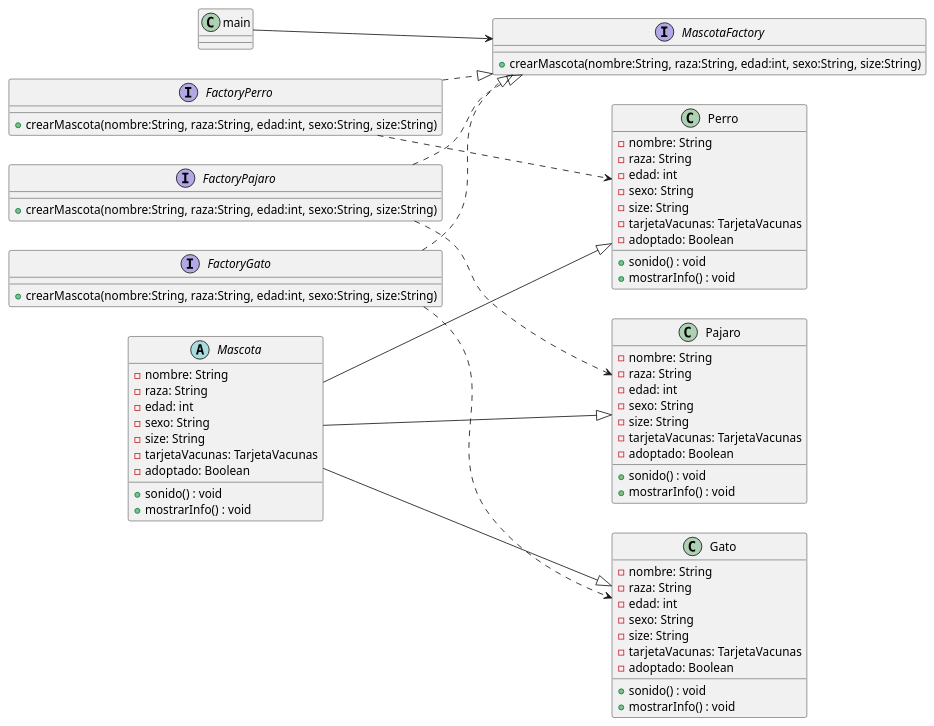
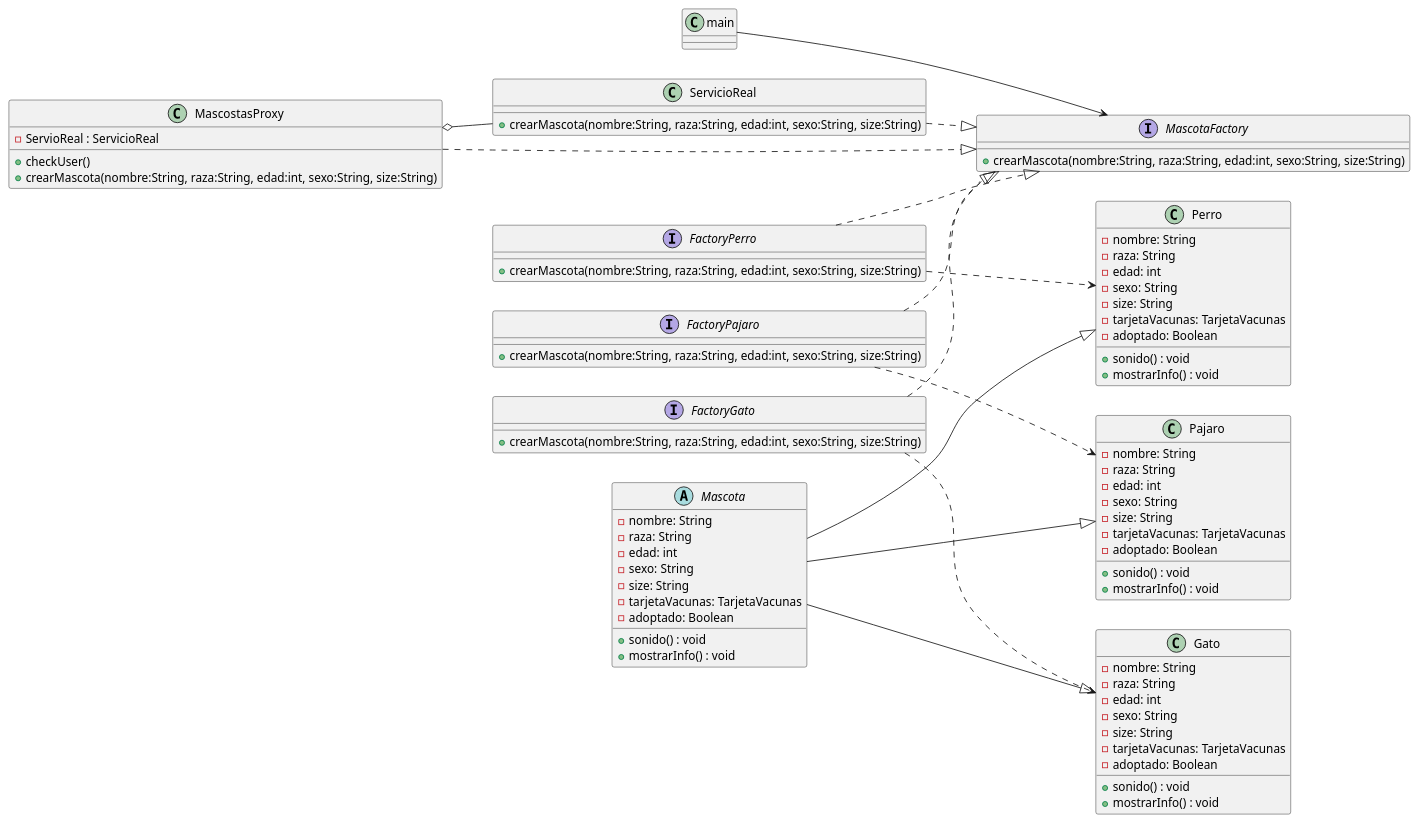
One commit to Ag-Tachyon/ProyectoFinalModelos changed the diagram in diagrama.plantuml. Above: the diagram before and after it, drawn with PlantUML. The commit also changed 1 other file, not shown here.

Commit message:
Refactor (diagrama.plantuml): Agregando Proxy al UML

```diff
--- a/diagrama.plantuml
+++ b/diagrama.plantuml
@@ -1,95 +1,111 @@
 @startuml uml
 
     left to right direction
 
     class main
 
     'Abstract Factory
     interface MascotaFactory{
         + crearMascota(nombre:String, raza:String, edad:int, sexo:String, size:String)
     }
 
     'Concrete Factory
     interface FactoryPerro{
         + crearMascota(nombre:String, raza:String, edad:int, sexo:String, size:String)
     }
     
     'Concrete Factory
     interface FactoryPajaro{
         + crearMascota(nombre:String, raza:String, edad:int, sexo:String, size:String)
     }
     
     'Concrete Factory
     interface FactoryGato{
         + crearMascota(nombre:String, raza:String, edad:int, sexo:String, size:String)
     }
 
     main --> MascotaFactory
 
     FactoryPerro ..|> MascotaFactory
     FactoryPajaro ..|> MascotaFactory
     FactoryGato ..|> MascotaFactory
 
     'Producto abstracto
     abstract class Mascota{
         - nombre: String 
         - raza: String
         - edad: int 
         - sexo: String 
         - size: String 
         - tarjetaVacunas: TarjetaVacunas
         - adoptado: Boolean 
 
         + sonido() : void
         + mostrarInfo() : void
     }
 
     'Producto concreto
     class Perro{
         - nombre: String 
         - raza: String
         - edad: int 
         - sexo: String 
         - size: String 
         - tarjetaVacunas: TarjetaVacunas
         - adoptado: Boolean 
 
         + sonido() : void
         + mostrarInfo() : void
     } 
 
     class Pajaro{
         - nombre: String 
         - raza: String
         - edad: int 
         - sexo: String 
         - size: String 
         - tarjetaVacunas: TarjetaVacunas
         - adoptado: Boolean 
 
         + sonido() : void
         + mostrarInfo() : void
     } 
 
     class Gato{
         - nombre: String 
         - raza: String
         - edad: int 
         - sexo: String 
         - size: String 
         - tarjetaVacunas: TarjetaVacunas
         - adoptado: Boolean 
 
         + sonido() : void
         + mostrarInfo() : void
     }
 
     Mascota --|> Perro
     Mascota --|> Gato
     Mascota --|> Pajaro
 
     FactoryPerro ..> Perro
     FactoryPajaro ..> Pajaro
     FactoryGato ..> Gato
 
+    class MascostasProxy{
+        - ServioReal : ServicioReal
+
+        + checkUser()
+        + crearMascota(nombre:String, raza:String, edad:int, sexo:String, size:String)
+    }
+
+    class ServicioReal{
+        + crearMascota(nombre:String, raza:String, edad:int, sexo:String, size:String)
+    }
+
+    MascostasProxy ..|> MascotaFactory
+    ServicioReal ..|> MascotaFactory
+
+    MascostasProxy o-- ServicioReal
+
 @enduml
```
